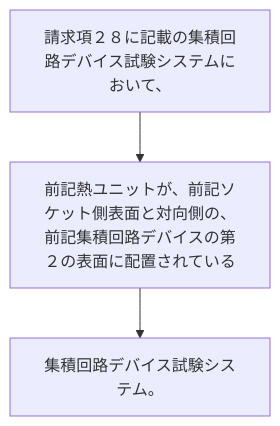
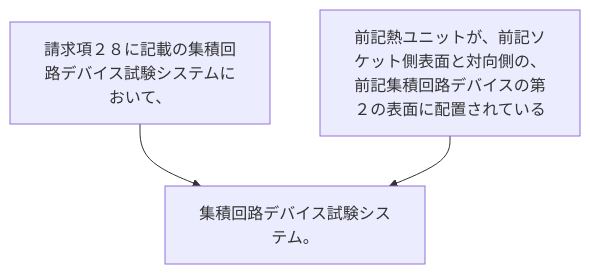
Before and after one commit to shinmori55/patent_analyzed: the diagram in 2024/JP2024023283A/claim_29/README.md, drawn with Mermaid. The commit also changed 336 other files, not shown here.

````diff
--- a/2024/JP2024023283A/claim_29/README.md
+++ b/2024/JP2024023283A/claim_29/README.md
@@ -3,8 +3,8 @@
 ```mermaid
 flowchart TD
 A[請求項２８に記載の集積回路デバイス試験システムにおいて、]
 B[前記熱ユニットが、前記ソケット側表面と対向側の、前記集積回路デバイスの第２の表面に配置されている]
 C[集積回路デバイス試験システム。]
-A --> B
+A --> C
 B --> C
 ```
````
